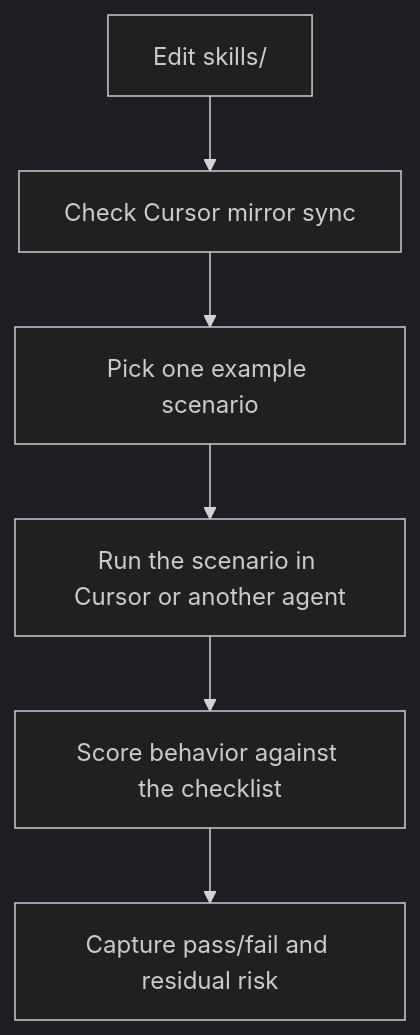
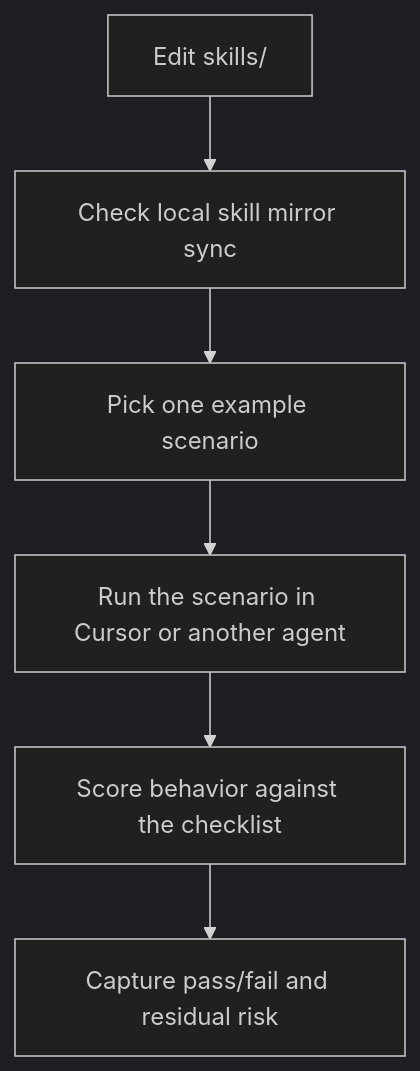
The second of 2 diagrams in README.md (nickdu2009/agent-skills), drawn with Mermaid (dark theme) before and after one commit. The commit also changed other lines of this file and 47 other files, not shown here.

````diff
--- a/README.md
+++ b/README.md
@@ -372,8 +382,8 @@
 ```mermaid
 flowchart TD
-    A[Edit skills/] --> B[Check Cursor mirror sync]
+    A[Edit skills/] --> B[Check local skill mirror sync]
     B --> C[Pick one example scenario]
     C --> D[Run the scenario in Cursor or another agent]
     D --> E[Score behavior against the checklist]
     E --> F[Capture pass/fail and residual risk]
 ```
````
